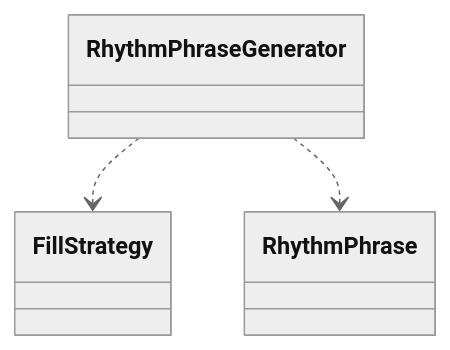
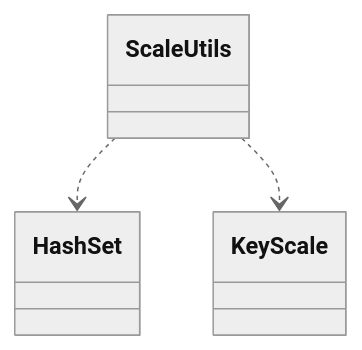
Diagram 32 of 39 in test/test.md (schnock-art/project_inspector), drawn with Mermaid (neutral theme) before and after one commit. The commit also changed other lines of this file and 3 other files, not shown here.

````diff
--- a/test/test.md
+++ b/test/test.md
@@ -522,5 +595,5 @@
 ```mermaid
 classDiagram
-RhythmPhraseGenerator ..> FillStrategy
-RhythmPhraseGenerator ..> RhythmPhrase
+ScaleUtils ..> HashSet
+ScaleUtils ..> KeyScale
 ```
````
